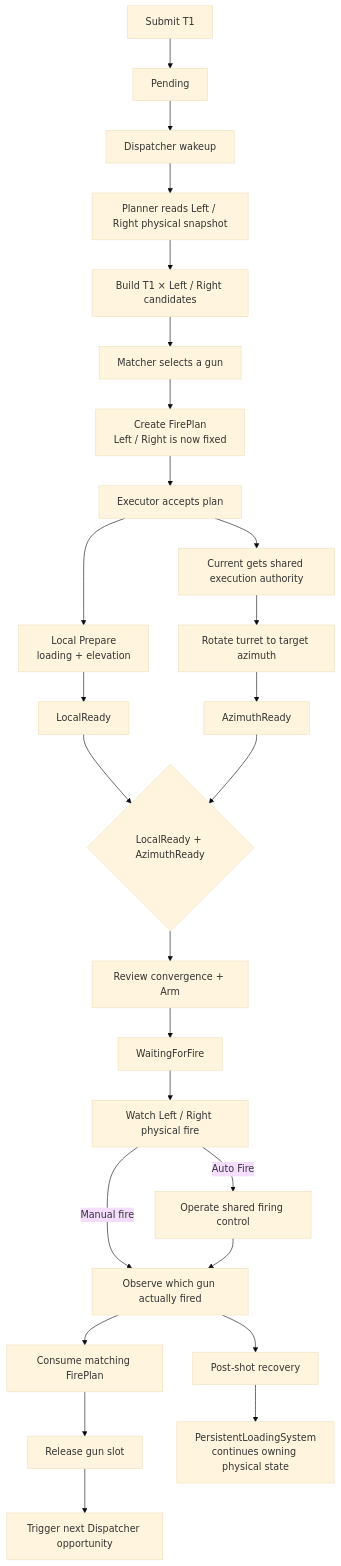
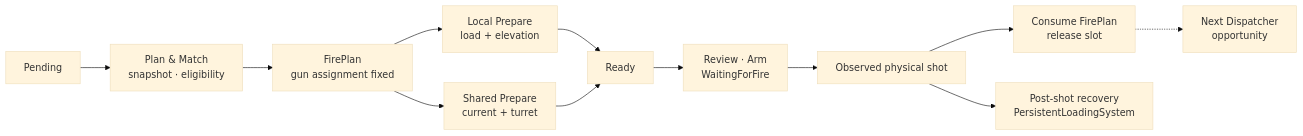
One commit to HisenWeb/IronNestFCS changed the second of 3 diagrams in README.md. Above: the diagram before and after it, drawn with Mermaid (base theme). The commit also changed other lines of this file, not shown here.

Commit message:
docs: tighten mission lifecycle diagrams

````diff
--- a/README.md
+++ b/README.md
@@ -224,34 +224,16 @@
 ```mermaid
-flowchart TD
-    A["Submit T1"] --> B["Pending"]
-    B --> C["Dispatcher wakeup"]
-    C --> D["Planner reads Left / Right physical snapshot"]
-    D --> E["Build T1 × Left / Right candidates"]
-    E --> F["Matcher selects a gun"]
-    F --> G["Create FirePlan<br/>Left / Right is now fixed"]
-    G --> H["Executor accepts plan"]
+flowchart LR
+    A["Pending"] --> B["Plan & Match<br/>snapshot · eligibility"]
+    B --> C["FirePlan<br/>gun assignment fixed"]
 
-    H --> I["Local Prepare<br/>loading + elevation"]
-    H --> J["Current gets shared execution authority"]
-    J --> K["Rotate turret to target azimuth"]
+    C --> D["Local Prepare<br/>load + elevation"]
+    C --> E["Shared Prepare<br/>current + turret"]
+    D --> F["Ready"]
+    E --> F
 
-    I --> L["LocalReady"]
-    K --> M["AzimuthReady"]
-    L --> N{"LocalReady + AzimuthReady"}
-    M --> N
-
-    N --> O["Review convergence + Arm"]
-    O --> P["WaitingForFire"]
-    P --> Q["Watch Left / Right physical fire"]
-
-    Q -->|"Manual fire"| R["Observe which gun actually fired"]
-    Q -->|"Auto Fire"| S["Operate shared firing control"]
-    S --> R
-
-    R --> T["Consume matching FirePlan"]
-    T --> U["Release gun slot"]
-    U --> V["Trigger next Dispatcher opportunity"]
-
-    R --> W["Post-shot recovery"]
-    W --> X["PersistentLoadingSystem<br/>continues owning physical state"]
+    F --> G["Review · Arm<br/>WaitingForFire"]
+    G --> H["Observed physical shot"]
+    H --> I["Consume FirePlan<br/>release slot"]
+    H --> J["Post-shot recovery<br/>PersistentLoadingSystem"]
+    I -.-> K["Next Dispatcher<br/>opportunity"]
 ```
````
